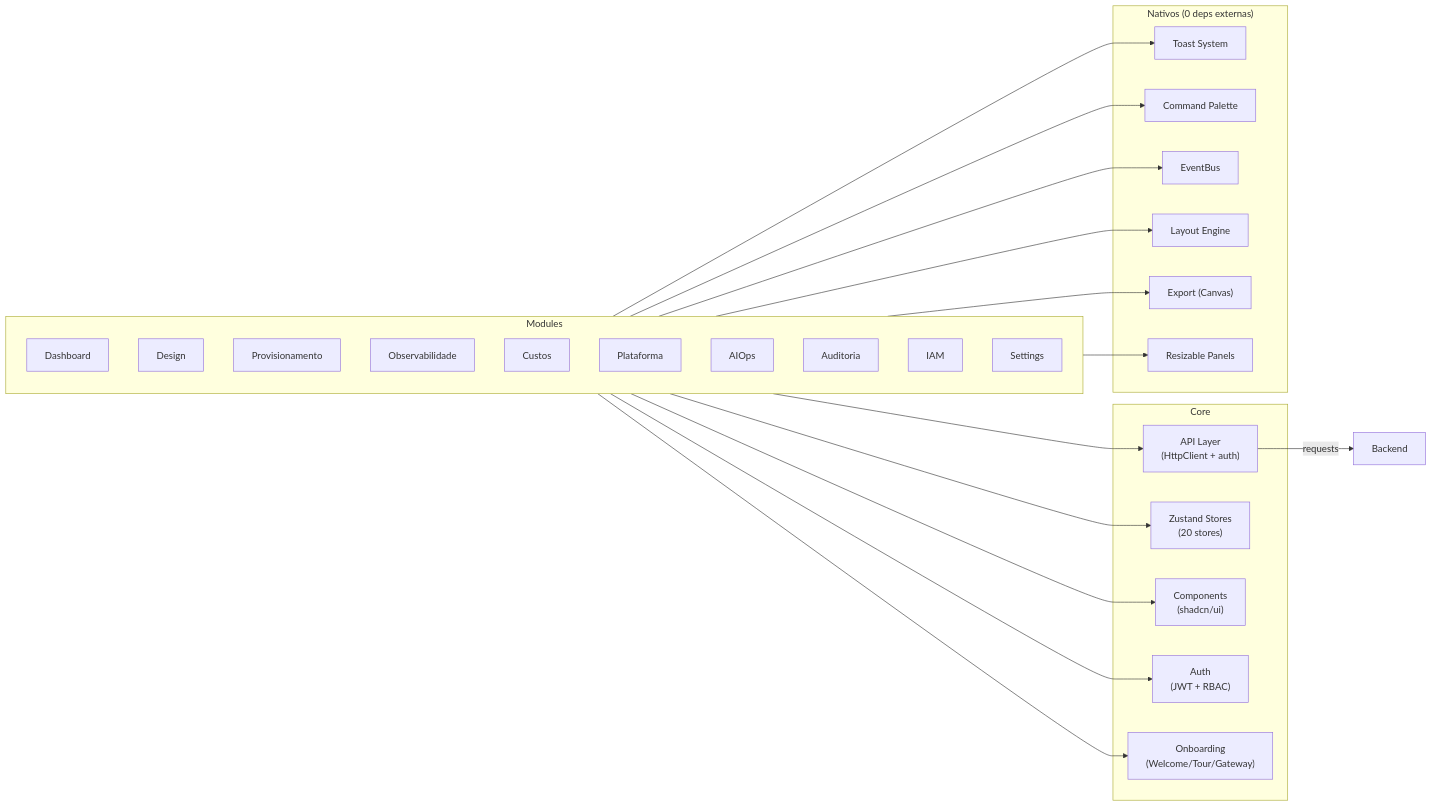
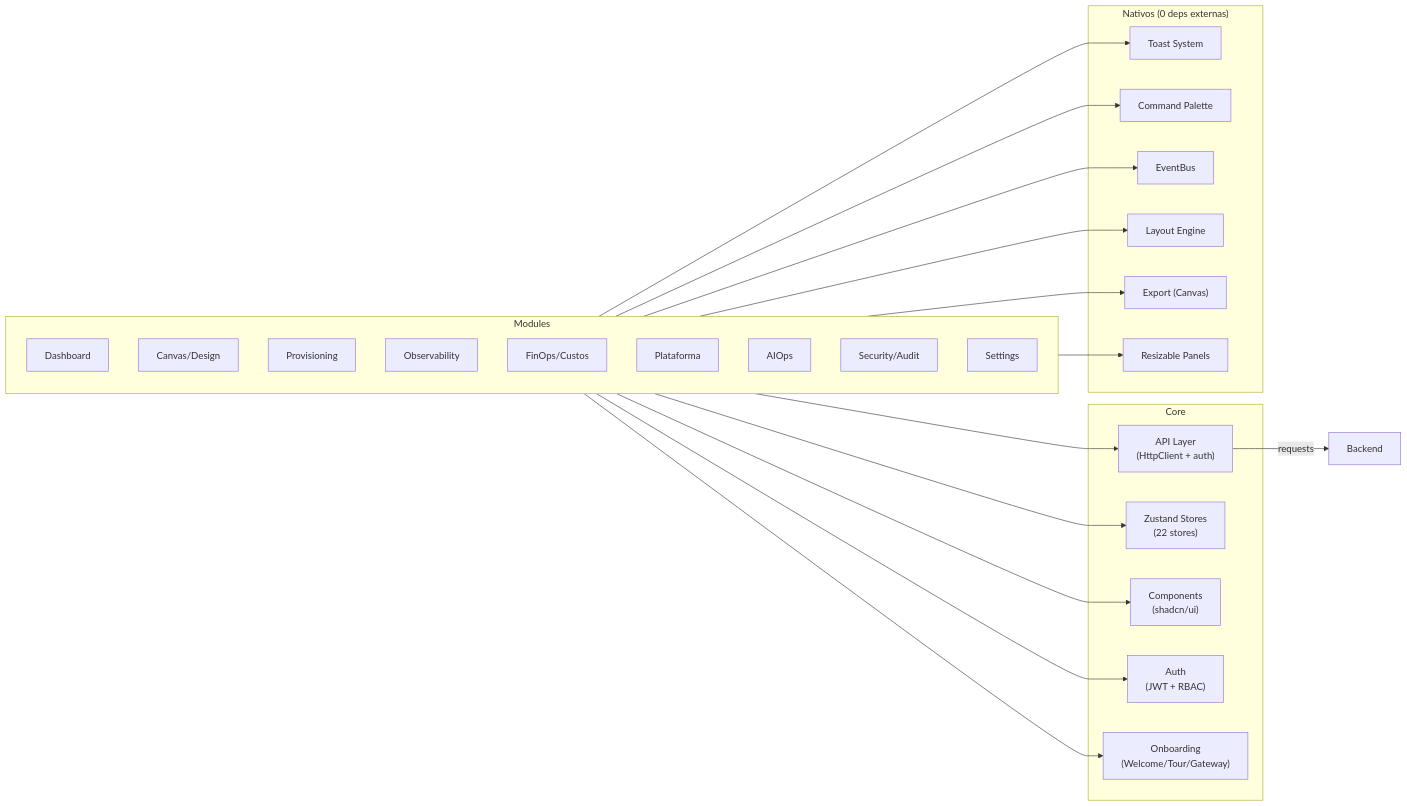
Before and after one commit to matalvesdev/cloudbuilder: the second of 34 diagrams in docs/architecture/README.md, drawn with Mermaid. The commit also changed other lines of this file and 159 other files, not shown here.

````diff
--- a/docs/architecture/README.md
+++ b/docs/architecture/README.md
@@ -85,40 +85,39 @@
 ```mermaid
 graph LR
     subgraph Modules
         DASH[Dashboard]
-        DSGN[Design]
-        PROV[Provisionamento]
-        OBSV[Observabilidade]
-        COST[Custos]
+        DSGN[Canvas/Design]
+        PROV[Provisioning]
+        OBSV[Observability]
+        COST[FinOps/Custos]
         PLAT[Plataforma]
         AIOPS[AIOps]
-        AUDIT[Auditoria]
-        IAM[IAM]
+        AUDIT[Security/Audit]
         SETT[Settings]
     end
 
     subgraph Core
         API["API Layer<br/>(HttpClient + auth)"]
-        STORE["Zustand Stores<br/>(20 stores)"]
+        STORE["Zustand Stores<br/>(22 stores)"]
         UI["Components<br/>(shadcn/ui)"]
         AUTH["Auth<br/>(JWT + RBAC)"]
         ONB["Onboarding<br/>(Welcome/Tour/Gateway)"]
     end
 
     subgraph Native["Nativos (0 deps externas)"]
         TOAST["Toast System"]
         CMD["Command Palette"]
         EVT["EventBus"]
         LYT["Layout Engine"]
         EXP["Export (Canvas)"]
         RESIZE["Resizable Panels"]
     end
 
     Modules --> STORE
     Modules --> API
     Modules --> UI
     Modules --> AUTH
     Modules --> ONB
     API -->|"requests"| Backend
     Modules --> TOAST & CMD & EVT & LYT & EXP & RESIZE
 ```
````
